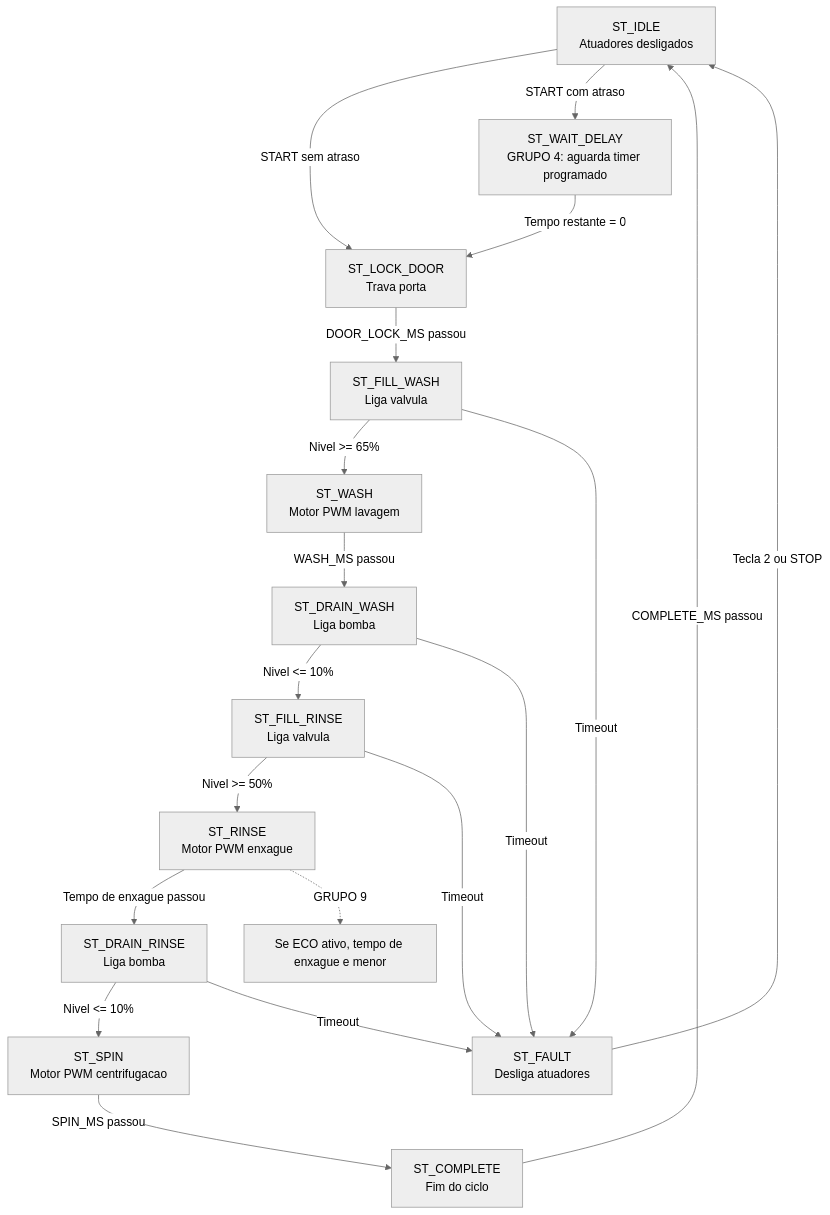
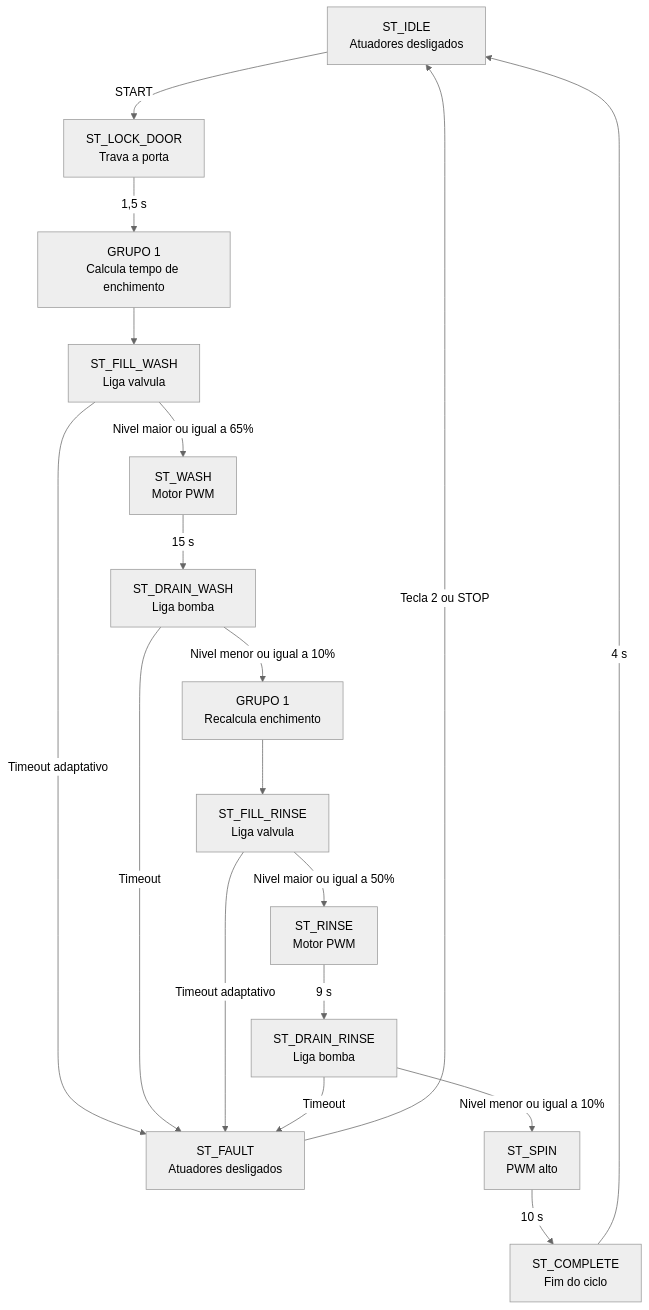
One commit to luciano-andrde/Projeto_Microcontroladores_Maquina changed the sixth of 6 diagrams in Fluxograma.md. Above: the diagram before and after it, drawn with Mermaid (neutral theme). The commit also changed other lines of this file and 2 other files, not shown here.

````diff
--- a/Fluxograma.md
+++ b/Fluxograma.md
@@ -124,28 +105,25 @@
 ```mermaid
 flowchart TD
-  IDLE[ST_IDLE<br/>Atuadores desligados] -->|START sem atraso| LOCK[ST_LOCK_DOOR<br/>Trava porta]
-  IDLE -->|START com atraso| DELAY[ST_WAIT_DELAY<br/>GRUPO 4: aguarda timer programado]
-  DELAY -->|Tempo restante = 0| LOCK
+  IDLE[ST_IDLE<br/>Atuadores desligados] -->|START| LOCK[ST_LOCK_DOOR<br/>Trava a porta]
 
-  LOCK -->|DOOR_LOCK_MS passou| FILL[ST_FILL_WASH<br/>Liga valvula]
-  FILL -->|Nivel >= 65%| WASH[ST_WASH<br/>Motor PWM lavagem]
-  FILL -->|Timeout| FAULT[ST_FAULT<br/>Desliga atuadores]
+  LOCK -->|1,5 s| CALC1[GRUPO 1<br/>Calcula tempo de enchimento]
+  CALC1 --> FILL[ST_FILL_WASH<br/>Liga valvula]
+  FILL -->|Nivel maior ou igual a 65%| WASH[ST_WASH<br/>Motor PWM]
+  FILL -->|Timeout adaptativo| FAULT[ST_FAULT<br/>Atuadores desligados]
 
-  WASH -->|WASH_MS passou| DRAIN1[ST_DRAIN_WASH<br/>Liga bomba]
-  DRAIN1 -->|Nivel <= 10%| RFILL[ST_FILL_RINSE<br/>Liga valvula]
+  WASH -->|15 s| DRAIN1[ST_DRAIN_WASH<br/>Liga bomba]
+  DRAIN1 -->|Nivel menor ou igual a 10%| CALC2[GRUPO 1<br/>Recalcula enchimento]
   DRAIN1 -->|Timeout| FAULT
 
-  RFILL -->|Nivel >= 50%| RINSE[ST_RINSE<br/>Motor PWM enxague]
-  RFILL -->|Timeout| FAULT
+  CALC2 --> RFILL[ST_FILL_RINSE<br/>Liga valvula]
+  RFILL -->|Nivel maior ou igual a 50%| RINSE[ST_RINSE<br/>Motor PWM]
+  RFILL -->|Timeout adaptativo| FAULT
 
-  RINSE -->|Tempo de enxague passou| DRAIN2[ST_DRAIN_RINSE<br/>Liga bomba]
-  RINSE -.->|GRUPO 9| ECO[Se ECO ativo, tempo de enxague e menor]
-
-  DRAIN2 -->|Nivel <= 10%| SPIN[ST_SPIN<br/>Motor PWM centrifugacao]
+  RINSE -->|9 s| DRAIN2[ST_DRAIN_RINSE<br/>Liga bomba]
+  DRAIN2 -->|Nivel menor ou igual a 10%| SPIN[ST_SPIN<br/>PWM alto]
   DRAIN2 -->|Timeout| FAULT
 
-  SPIN -->|SPIN_MS passou| DONE[ST_COMPLETE<br/>Fim do ciclo]
-  DONE -->|COMPLETE_MS passou| IDLE
-
+  SPIN -->|10 s| DONE[ST_COMPLETE<br/>Fim do ciclo]
+  DONE -->|4 s| IDLE
   FAULT -->|Tecla 2 ou STOP| IDLE
 ```
````
